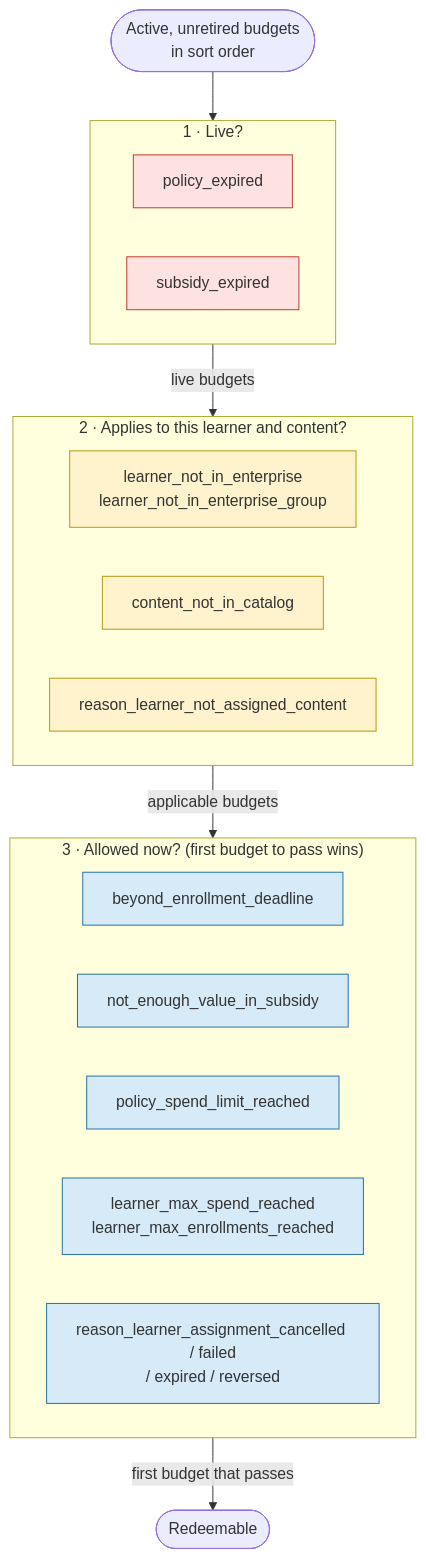
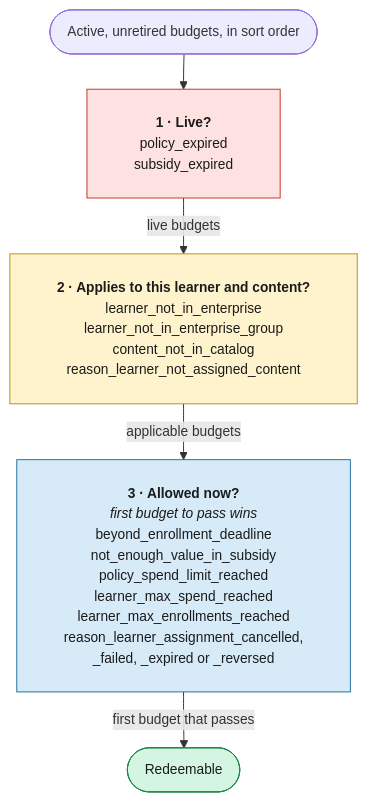
One commit to edx/enterprise-access changed the fourth of 4 diagrams in docs/decisions/0038-non-redeemable-reasons-and-display-reason.md. Above: the diagram before and after it, drawn with Mermaid. The commit also changed other lines of this file, not shown here.

First line of the commit message:
docs: make ADR 0038's diagrams legible in dark mode

````diff
--- a/docs/decisions/0038-non-redeemable-reasons-and-display-reason.md
+++ b/docs/decisions/0038-non-redeemable-reasons-and-display-reason.md
@@ -244,34 +238,17 @@
 ```mermaid
+%%{init: {"flowchart": {"padding": 24, "nodeSpacing": 28, "rankSpacing": 36, "wrappingWidth": 340}, "themeVariables": {"fontFamily": "Arial, Helvetica, sans-serif", "fontSize": "14px"}}}%%
 flowchart TB
-    ALL(["Active, unretired budgets<br/>in sort order"]) --> L
+    ALL(["Active, unretired budgets, in sort order"]) --> L
+    L["<b>1 · Live?</b><br/>policy_expired<br/>subsidy_expired"] -- "live budgets" --> A
+    A["<b>2 · Applies to this learner and content?</b><br/>learner_not_in_enterprise<br/>learner_not_in_enterprise_group<br/>content_not_in_catalog<br/>reason_learner_not_assigned_content"] -- "applicable budgets" --> C
+    C["<b>3 · Allowed now?</b><br/><i>first budget to pass wins</i><br/>beyond_enrollment_deadline<br/>not_enough_value_in_subsidy<br/>policy_spend_limit_reached<br/>learner_max_spend_reached<br/>learner_max_enrollments_reached<br/>reason_learner_assignment_cancelled,<br/>_failed, _expired or _reversed"] -- "first budget that passes" --> OK(["Redeemable"])
 
-    subgraph L["1 · Live?"]
-        l1["policy_expired"]
-        l2["subsidy_expired"]
-    end
-
-    subgraph A["2 · Applies to this learner and content?"]
-        a1["learner_not_in_enterprise<br/>learner_not_in_enterprise_group"]
-        a2["content_not_in_catalog"]
-        a3["reason_learner_not_assigned_content"]
-    end
-
-    subgraph C["3 · Allowed now? (first budget to pass wins)"]
-        c1["beyond_enrollment_deadline"]
-        c2["not_enough_value_in_subsidy"]
-        c3["policy_spend_limit_reached"]
-        c4["learner_max_spend_reached<br/>learner_max_enrollments_reached"]
-        c5["reason_learner_assignment_cancelled / failed<br/>/ expired / reversed"]
-    end
-
-    L -- "live budgets" --> A
-    A -- "applicable budgets" --> C
-    C -- "first budget that passes" --> OK(["Redeemable"])
-
-    classDef expiry fill:#fde2e1,stroke:#c0392b
-    classDef notApplicable fill:#fff3cd,stroke:#b7950b
-    classDef blocking fill:#d6eaf8,stroke:#2471a3
-    class l1,l2 expiry
-    class a1,a2,a3 notApplicable
-    class c1,c2,c3,c4,c5 blocking
+    classDef expiry fill:#fde2e1,stroke:#c0392b,color:#1b1b1b
+    classDef notApplicable fill:#fff3cd,stroke:#b7950b,color:#1b1b1b
+    classDef blocking fill:#d6eaf8,stroke:#2471a3,color:#1b1b1b
+    classDef ok fill:#d5f5e3,stroke:#1e8449,color:#1b1b1b
+    class L expiry
+    class A notApplicable
+    class C blocking
+    class OK ok
 ```
````
